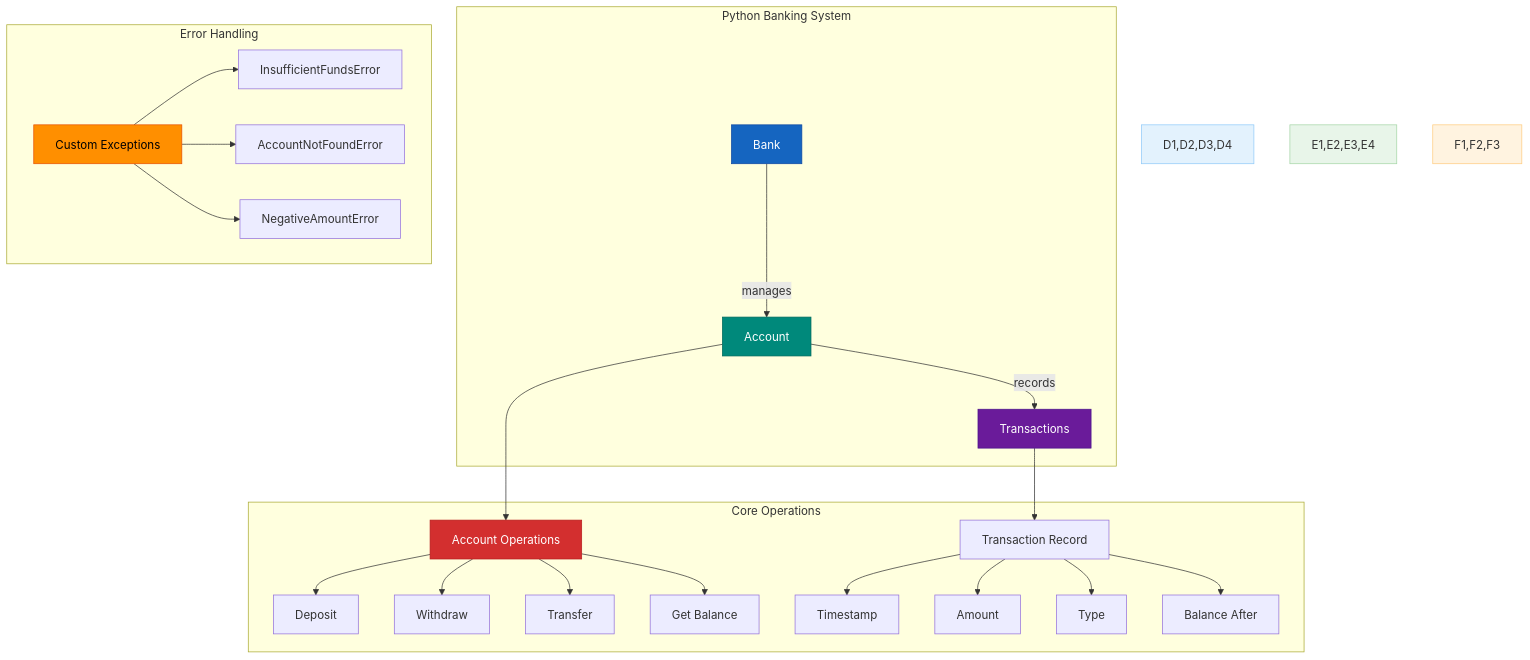
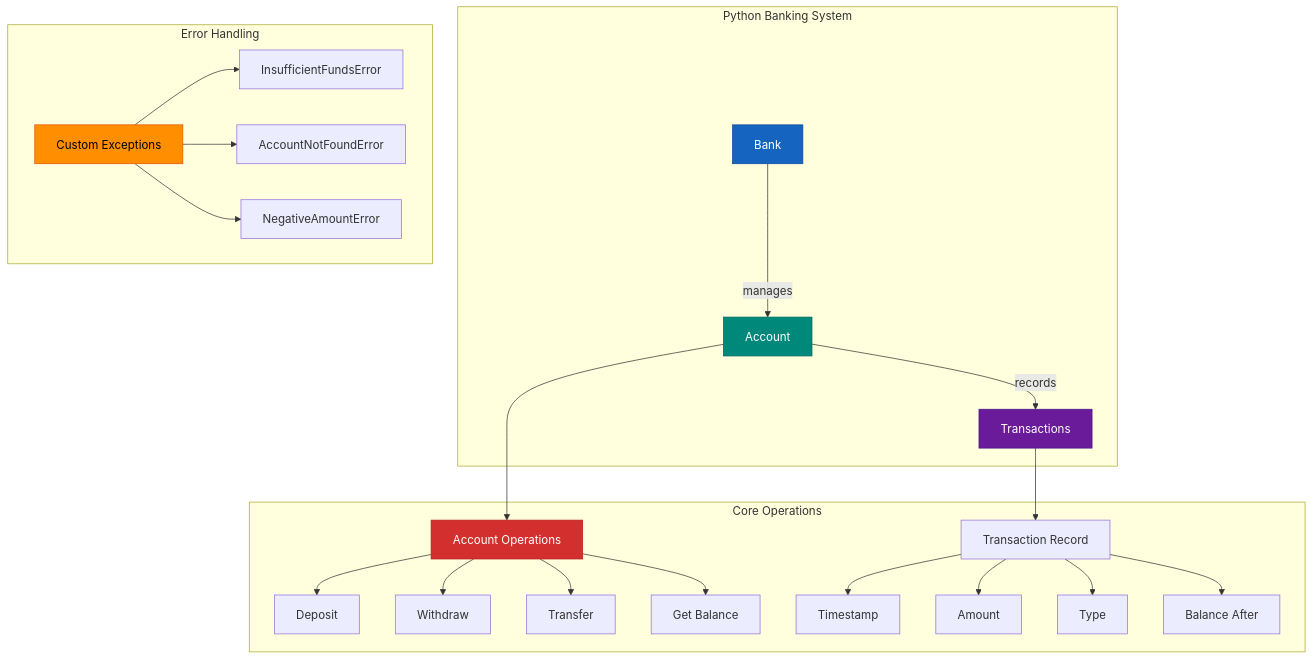
Before and after one commit to WideSu/banking_system_backend: the diagram in README.md, drawn with Mermaid.

Commit message:
Delete styles for small components

````diff
--- a/README.md
+++ b/README.md
@@ -17,41 +17,38 @@
 ```mermaid
 %% System Architecture Diagram for In-Memory Banking System
 graph TD
     subgraph Python_Banking_System["Python Banking System"]
         A[Bank] -->|manages| B[Account]
         B -->|records| C[Transactions]
     end
 
     subgraph Core_Operations["Core Operations"]
         B --> D[Account Operations]
         D --> D1[Deposit]
         D --> D2[Withdraw]
         D --> D3[Transfer]
         D --> D4[Get Balance]
         C --> E[Transaction Record]
         E --> E1[Timestamp]
         E --> E2[Amount]
         E --> E3[Type]
         E --> E4[Balance After]
     end
 
     subgraph Error_Handling["Error Handling"]
         F[Custom Exceptions]
         F --> F1[InsufficientFundsError]
         F --> F2[AccountNotFoundError]
         F --> F3[NegativeAmountError]
     end
 
     %% Styling
     style A fill:#1565C0,stroke:#0D47A1,color:#ffffff
     style B fill:#00897B,stroke:#00695C,color:#ffffff
     style C fill:#6A1B9A,stroke:#4A148C,color:#ffffff
     style D fill:#D32F2F,stroke:#B71C1C,color:#ffffff
     style F fill:#FF8F00,stroke:#E65100,color:#000000
-    style D1,D2,D3,D4 fill:#E3F2FD,stroke:#90CAF9
-    style E1,E2,E3,E4 fill:#E8F5E9,stroke:#A5D6A7
-    style F1,F2,F3 fill:#FFF3E0,stroke:#FFCC80
     
     %% Subgraph styling
     class Python_Banking_System,Core_Operations,Error_Handling fill:#f5f5f5,stroke:#bdbdbd,stroke-width:2px
 ```
````
